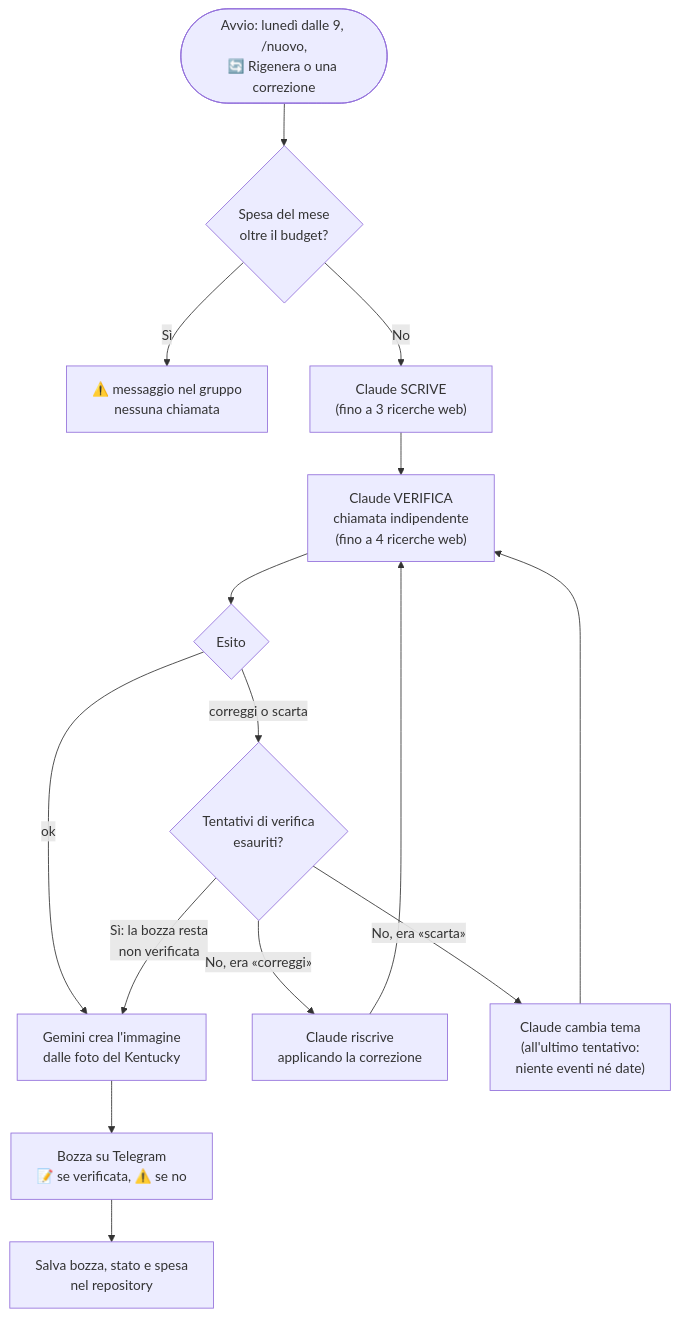
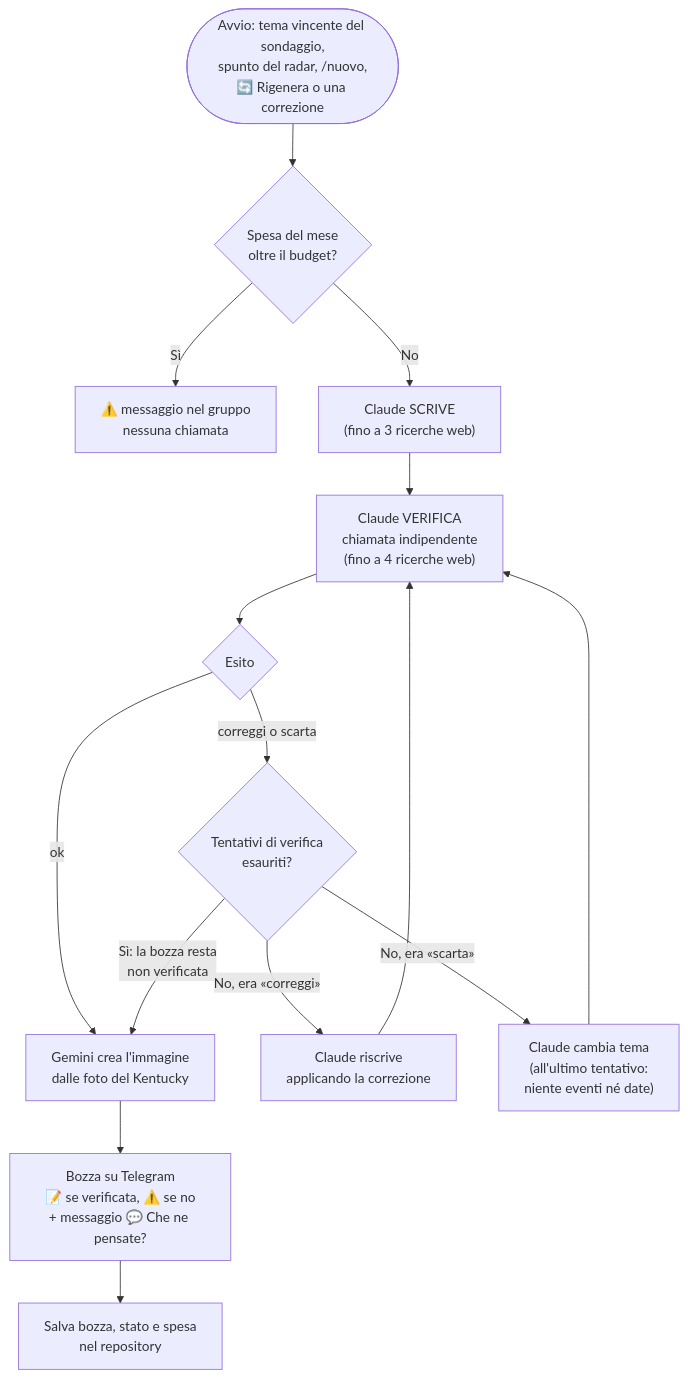
One commit to mistraliagianluca/mistraliagianluca.github.io changed the first of 4 diagrams in docs/04-automazione.md. Above: the diagram before and after it, drawn with Mermaid. The commit also changed other lines of this file and 43 other files, not shown here.

Commit message:
Bot interattivo (radar, sondaggio, 💬), pannello riorganizzato, Diario con tipi e 6 articoli

````diff
--- a/docs/04-automazione.md
+++ b/docs/04-automazione.md
@@ -22,15 +24,15 @@
 ```mermaid
 flowchart TD
-    S(["Avvio: lunedì dalle 9, /nuovo,<br>🔄 Rigenera o una correzione"]) --> B{"Spesa del mese<br>oltre il budget?"}
+    S(["Avvio: tema vincente del sondaggio,<br>spunto del radar, /nuovo,<br>🔄 Rigenera o una correzione"]) --> B{"Spesa del mese<br>oltre il budget?"}
     B -->|Sì| STOP["⚠️ messaggio nel gruppo<br>nessuna chiamata"]
     B -->|No| W["Claude SCRIVE<br>(fino a 3 ricerche web)"]
     W --> V["Claude VERIFICA<br>chiamata indipendente<br>(fino a 4 ricerche web)"]
     V --> E{"Esito"}
     E -->|ok| IMG
     E -->|"correggi o scarta"| T{"Tentativi di verifica<br>esauriti?"}
     T -->|"Sì: la bozza resta<br>non verificata"| IMG
     T -->|"No, era «correggi»"| W2["Claude riscrive<br>applicando la correzione"] --> V
     T -->|"No, era «scarta»"| W3["Claude cambia tema<br>(all'ultimo tentativo:<br>niente eventi né date)"] --> V
-    IMG["Gemini crea l'immagine<br>dalle foto del Kentucky"] --> TG["Bozza su Telegram<br>📝 se verificata, ⚠️ se no"]
+    IMG["Gemini crea l'immagine<br>dalle foto del Kentucky"] --> TG["Bozza su Telegram<br>📝 se verificata, ⚠️ se no<br>+ messaggio 💬 Che ne pensate?"]
     TG --> ST["Salva bozza, stato e spesa<br>nel repository"]
 ```
````
